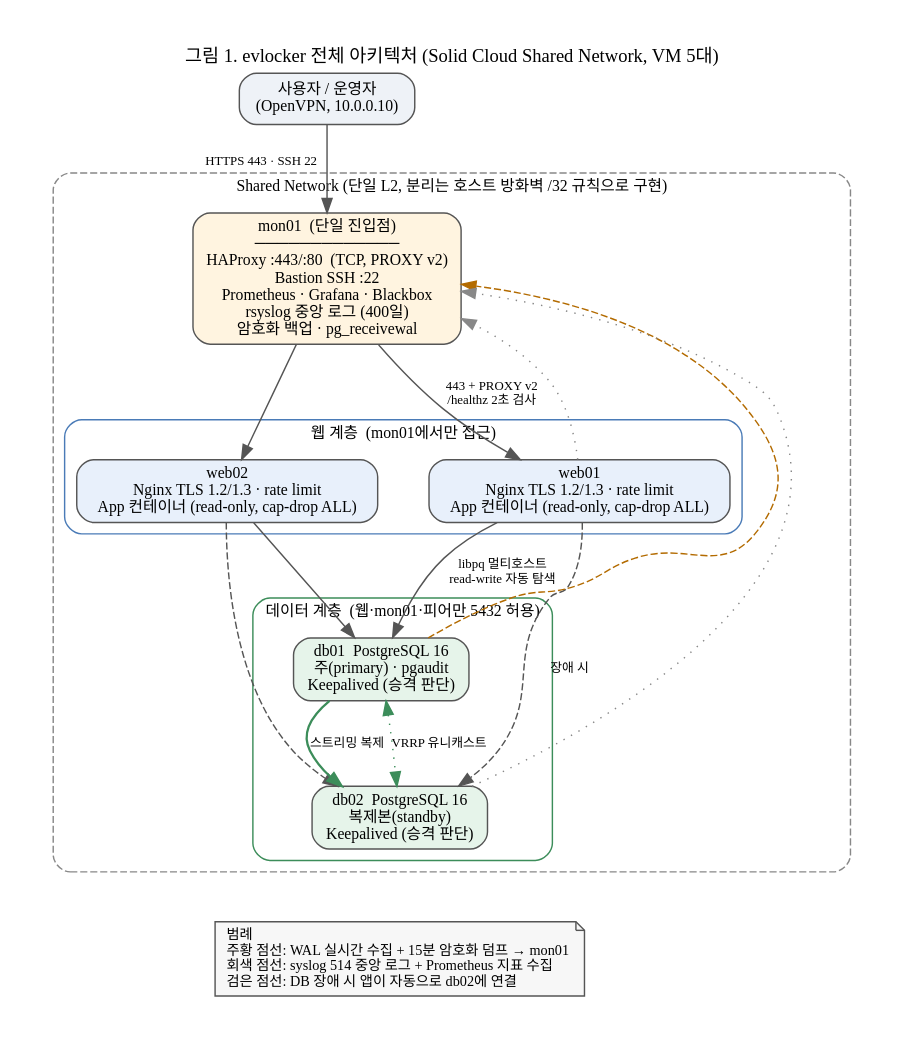
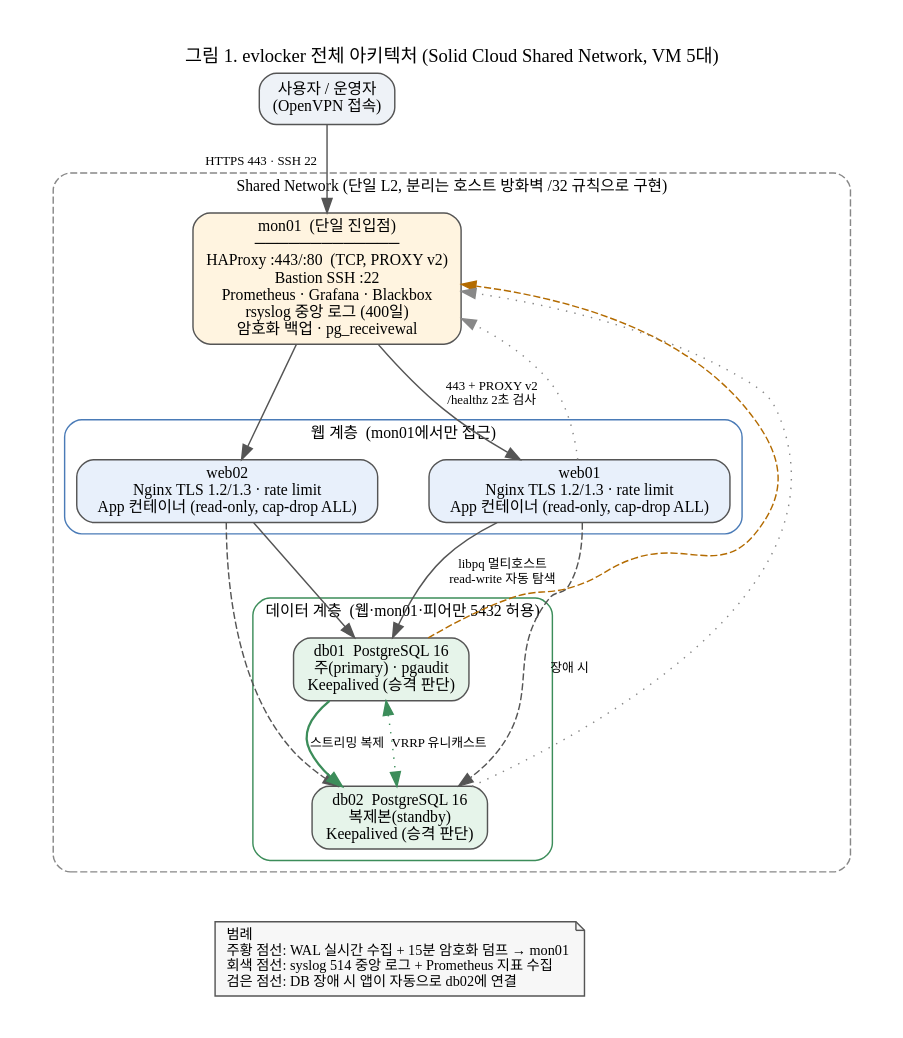
Before and after one commit to pieon29/evlocker: the diagram in docs/diagrams/architecture.dot, drawn with Graphviz. The commit also changed 10 other files, not shown here.

```diff
--- a/docs/diagrams/architecture.dot
+++ b/docs/diagrams/architecture.dot
@@ -1,41 +1,41 @@
 digraph G {
   graph [rankdir=TB, fontname="NanumGothic", fontsize=13, nodesep=0.5, ranksep=0.7, labelloc=t, label="그림 1. evlocker 전체 아키텍처 (Solid Cloud Shared Network, VM 5대)", bgcolor="white", pad=0.3];
   node [fontname="NanumGothic", fontsize=11, shape=box, style="rounded,filled", fillcolor="#ffffff", color="#555555"];
   edge [fontname="NanumGothic", fontsize=9, color="#555555"];
 
-  user [label="사용자 / 운영자\n(OpenVPN, 10.0.0.10)", shape=box, fillcolor="#eef2f7"];
+  user [label="사용자 / 운영자\n(OpenVPN 접속)", shape=box, fillcolor="#eef2f7"];
 
   subgraph cluster_net {
     label="Shared Network (단일 L2, 분리는 호스트 방화벽 /32 규칙으로 구현)"; style="rounded,dashed"; color="#888888"; fontsize=11;
 
     mon [label="mon01  (단일 진입점)\n─────────────\nHAProxy :443/:80  (TCP, PROXY v2)\nBastion SSH :22\nPrometheus · Grafana · Blackbox\nrsyslog 중앙 로그 (400일)\n암호화 백업 · pg_receivewal", fillcolor="#fff4e0"];
 
     subgraph cluster_web {
       label="웹 계층  (mon01에서만 접근)"; style="rounded"; color="#4a7bb7";
       web1 [label="web01\nNginx TLS 1.2/1.3 · rate limit\nApp 컨테이너 (read-only, cap-drop ALL)", fillcolor="#e8f0fb"];
       web2 [label="web02\nNginx TLS 1.2/1.3 · rate limit\nApp 컨테이너 (read-only, cap-drop ALL)", fillcolor="#e8f0fb"];
     }
 
     subgraph cluster_db {
       label="데이터 계층  (웹·mon01·피어만 5432 허용)"; style="rounded"; color="#3c8d5a";
       db1 [label="db01  PostgreSQL 16\n주(primary) · pgaudit\nKeepalived (승격 판단)", fillcolor="#e6f4ea"];
       db2 [label="db02  PostgreSQL 16\n복제본(standby)\nKeepalived (승격 판단)", fillcolor="#e6f4ea"];
     }
   }
 
   user -> mon [xlabel="HTTPS 443 · SSH 22  "];
   mon -> web1 [label="443 + PROXY v2\n/healthz 2초 검사"];
   mon -> web2;
   web1 -> db1 [label="libpq 멀티호스트\nread-write 자동 탐색"];
   web2 -> db1;
   web1 -> db2 [style=dashed, label="장애 시"];
   web2 -> db2 [style=dashed];
   db1 -> db2 [label="스트리밍 복제", color="#3c8d5a", penwidth=1.6];
   db1 -> mon [style=dashed, color="#b36b00", constraint=false];
   web1 -> mon [style=dotted, color="#888888", constraint=false];
   db2 -> mon [style=dotted, color="#888888", constraint=false];
   db1 -> db2 [label="VRRP 유니캐스트", style=dotted, dir=both, color="#3c8d5a"];
 
   legend [shape=note, fontsize=10, fillcolor="#f7f7f7", label="범례\l주황 점선: WAL 실시간 수집 + 15분 암호화 덤프 → mon01\l회색 점선: syslog 514 중앙 로그 + Prometheus 지표 수집\l검은 점선: DB 장애 시 앱이 자동으로 db02에 연결\l"];
   db2 -> legend [style=invis];
 }
```
